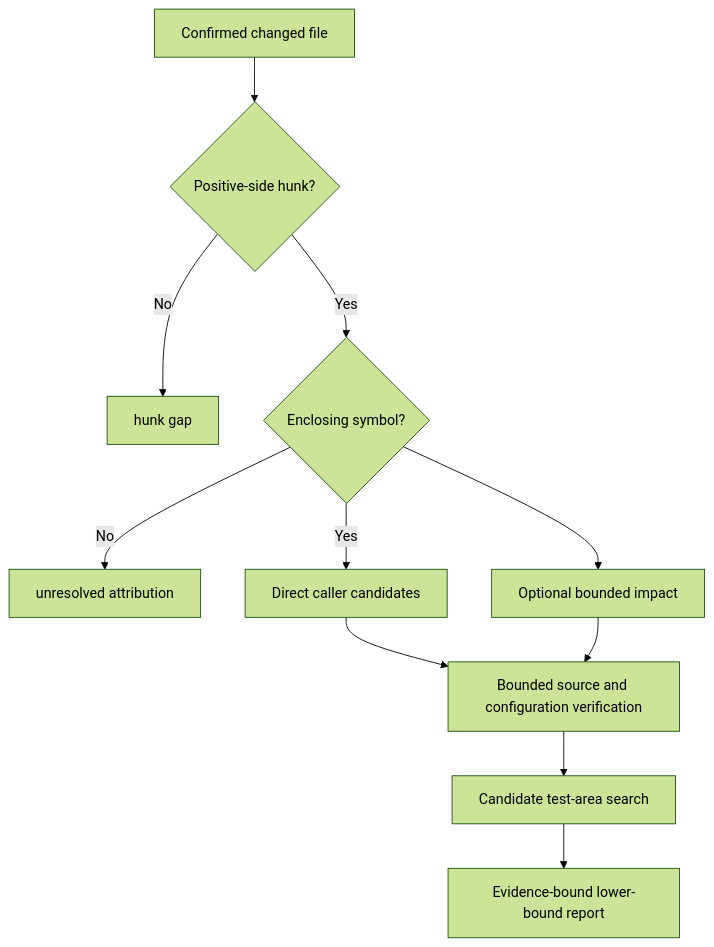
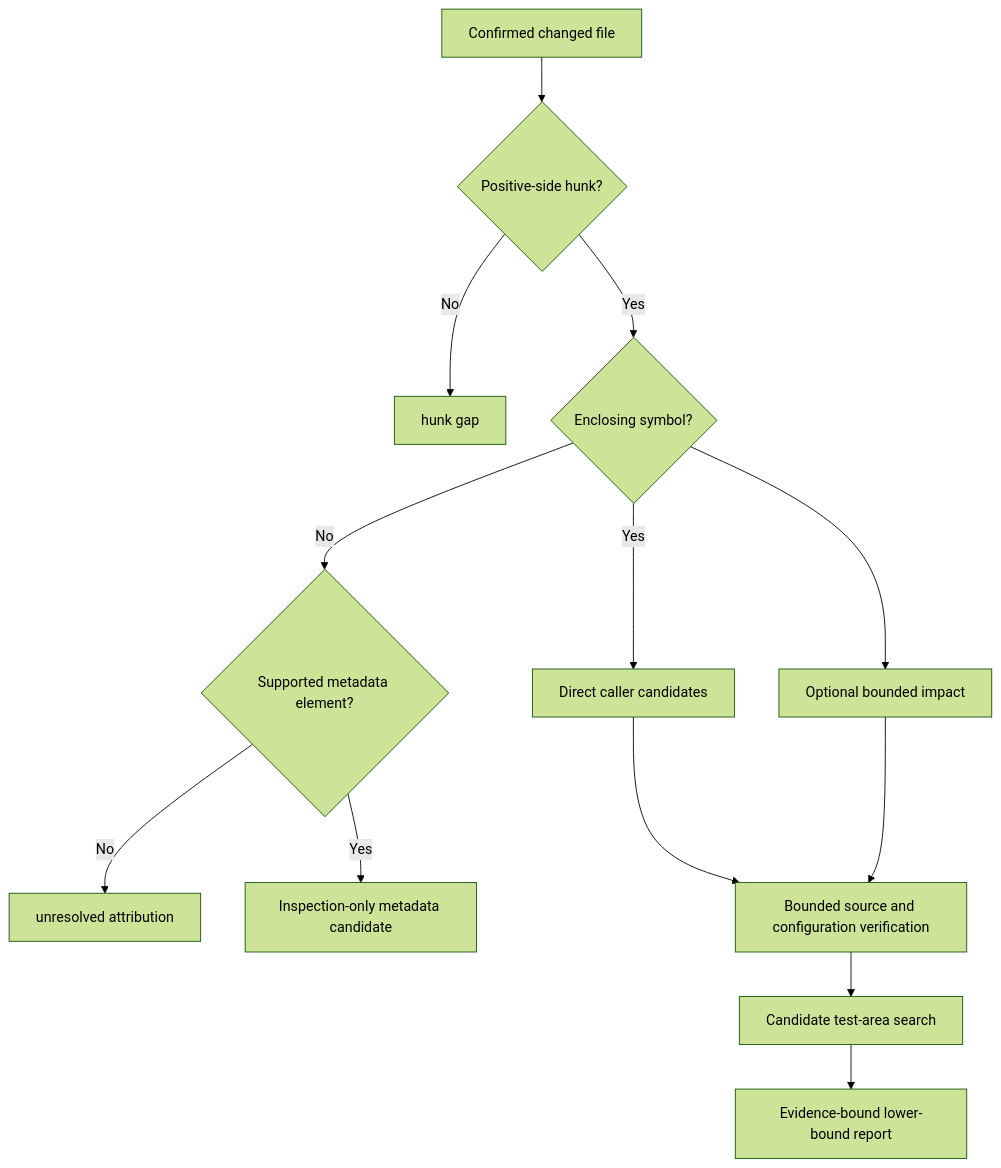
The second of 2 diagrams in docs/design/strands-pr-analysis-coordinator.md (aritra-ghosh-sage/intacct-repo-intelligence), drawn with Mermaid (forest theme) before and after one commit. The commit also changed other lines of this file and 11 other files, not shown here.

First line of the commit message:
feat: add changed_elements to PR analysis schema and implement related tests

````diff
--- a/docs/design/strands-pr-analysis-coordinator.md
+++ b/docs/design/strands-pr-analysis-coordinator.md
@@ -408,13 +375,15 @@
 ```mermaid
 flowchart TD
     Changed[Confirmed changed file] --> Hunk{Positive-side hunk?}
     Hunk -->|No| Gap1[hunk gap]
     Hunk -->|Yes| Symbol{Enclosing symbol?}
-    Symbol -->|No| Gap2[unresolved attribution]
+    Symbol -->|No| Element{Supported metadata element?}
+    Element -->|No| Gap2[unresolved attribution]
+    Element -->|Yes| Metadata[Inspection-only metadata candidate]
     Symbol -->|Yes| Direct[Direct caller candidates]
     Symbol --> Impact[Optional bounded impact]
     Direct --> Verify[Bounded source and configuration verification]
     Impact --> Verify
     Verify --> Tests[Candidate test-area search]
     Tests --> Report[Evidence-bound lower-bound report]
 ```
````
